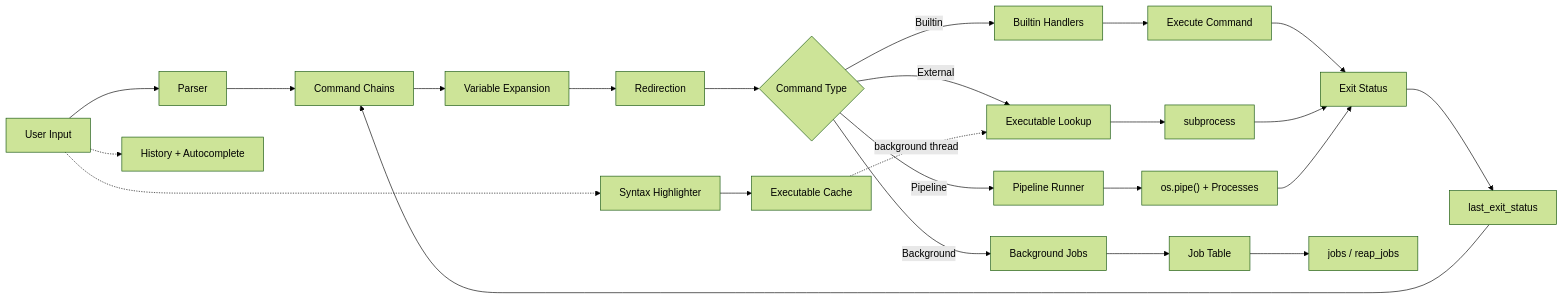
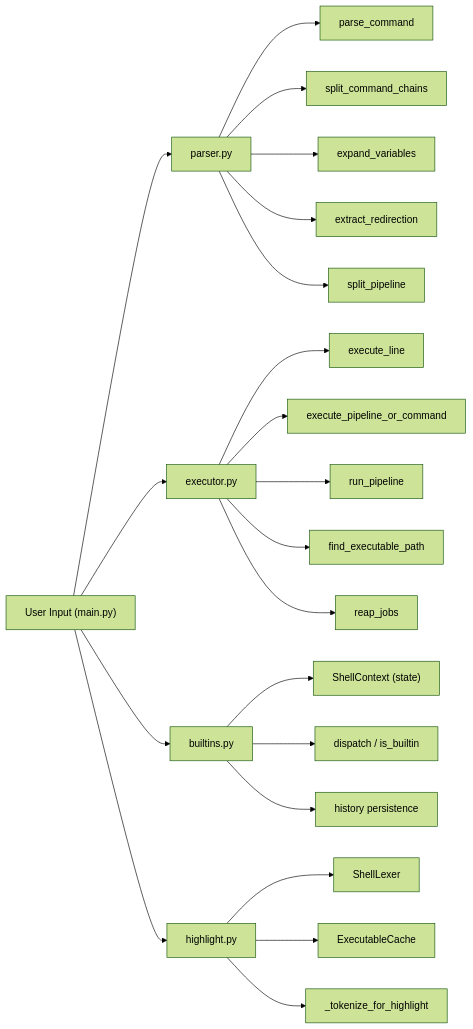
The diagram in README.md (yravnit/PSH), drawn with Mermaid (forest theme) before and after one commit. The commit also changed other lines of this file and 15 other files, not shown here.

````diff
--- a/README.md
+++ b/README.md
@@ -11,32 +11,28 @@
 ```mermaid
 flowchart LR
-    A["User Input"] --> B["Parser"]
-    B --> C["Command Chains"]
-    C --> D["Variable Expansion"]
-    D --> E["Redirection"]
-    E --> F{"Command Type"}
+    A["User Input (main.py)"]
 
-    F -->|Builtin| G["Builtin Handlers"]
-    F -->|External| H["Executable Lookup"]
-    F -->|Pipeline| I["Pipeline Runner"]
-    F -->|Background| J["Background Jobs"]
+    A --> B["parser.py"]
+    B --> C["parse_command"]
+    B --> D["split_command_chains"]
+    B --> E["expand_variables"]
+    B --> F["extract_redirection"]
+    B --> G["split_pipeline"]
 
-    G --> K["Execute Command"]
-    H --> L["subprocess"]
-    I --> M["os.pipe() + Processes"]
-    J --> N["Job Table"]
+    A --> H["executor.py"]
+    H --> I["execute_line"]
+    H --> J["execute_pipeline_or_command"]
+    H --> K["run_pipeline"]
+    H --> L["find_executable_path"]
+    H --> M["reap_jobs"]
 
-    K --> O["Exit Status"]
-    L --> O
-    M --> O
+    A --> N["builtins.py"]
+    N --> O["ShellContext (state)"]
+    N --> P["dispatch / is_builtin"]
+    N --> Q["history persistence"]
 
-    O --> P["last_exit_status"]
-    P --> C
-
-    N --> Q["jobs / reap_jobs"]
-
-    A -.-> R["History + Autocomplete"]
-    A -.-> S["Syntax Highlighter"]
-    S --> T["Executable Cache"]
-    T -.->|background thread| H
+    A --> R["highlight.py"]
+    R --> S["ShellLexer"]
+    R --> T["ExecutableCache"]
+    R --> U["_tokenize_for_highlight"]
 ```
````
